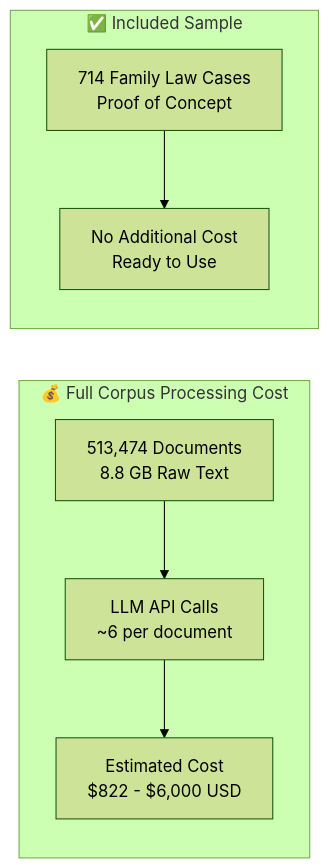
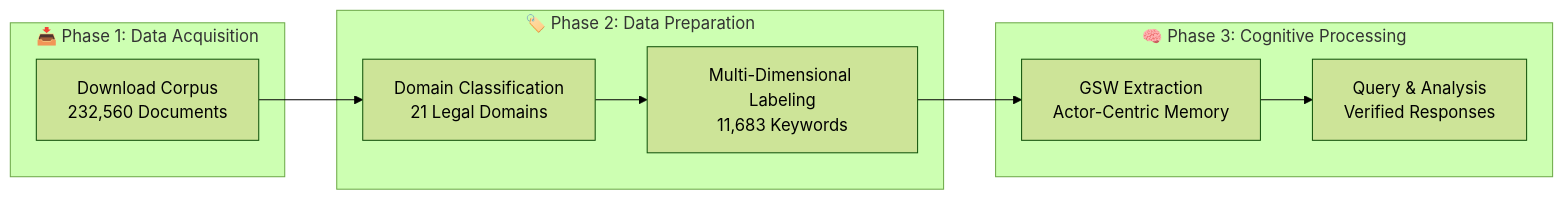
One commit to Verridian-ai/Functional-Structure-of-Episodic-Memory changed diagram 13 of 17 in README.md. Above: the diagram before and after it, drawn with Mermaid (forest theme). The commit also changed other lines of this file and 1 other file, not shown here.

First line of the commit message:
docs: Restructure pipeline documentation - full corpus focus

````diff
--- a/README.md
+++ b/README.md
@@ -880,16 +880,18 @@
 ```mermaid
 flowchart LR
-    subgraph Cost["💰 Full Corpus Processing Cost"]
-        DOCS[513,474 Documents<br/>8.8 GB Raw Text]
-        API[LLM API Calls<br/>~6 per document]
-        TOTAL[Estimated Cost<br/>$822 - $6,000 USD]
+    subgraph Phase1["📥 Phase 1: Data Acquisition"]
+        DL[Download Corpus<br/>232,560 Documents]
     end
 
-    subgraph Sample["✅ Included Sample"]
-        SAMPLE[714 Family Law Cases<br/>Proof of Concept]
-        FREE[No Additional Cost<br/>Ready to Use]
+    subgraph Phase2["🏷️ Phase 2: Data Preparation"]
+        CLASSIFY[Domain Classification<br/>21 Legal Domains]
+        LABEL[Multi-Dimensional Labeling<br/>11,683 Keywords]
     end
 
-    DOCS --> API --> TOTAL
-    SAMPLE --> FREE
+    subgraph Phase3["🧠 Phase 3: Cognitive Processing"]
+        GSW[GSW Extraction<br/>Actor-Centric Memory]
+        QUERY[Query & Analysis<br/>Verified Responses]
+    end
+
+    DL --> CLASSIFY --> LABEL --> GSW --> QUERY
 ```
````
